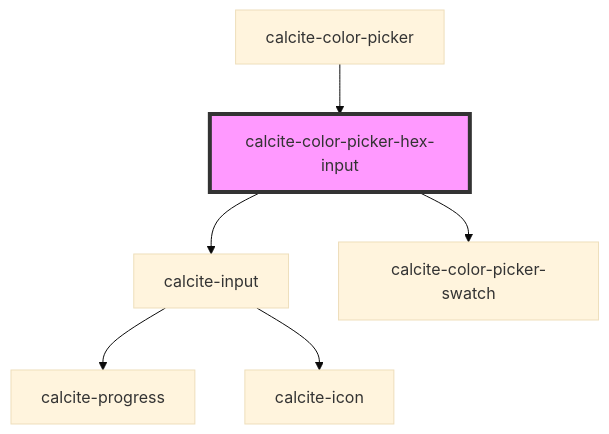
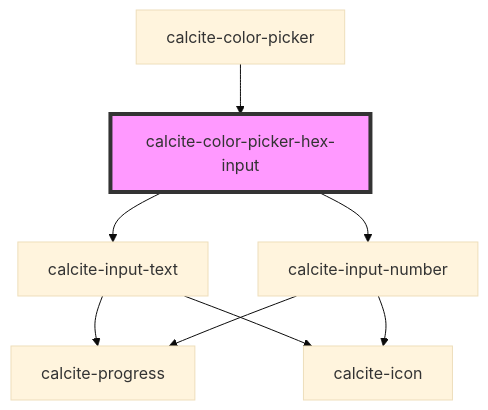
One commit to vikivakarvc/calcite-design-system changed the diagram in packages/calcite-components/src/components/color-picker-hex-input/readme.md. Above: the diagram before and after it, drawn with Mermaid (base theme). The commit also changed other lines of this file and 91 other files, not shown here.

````diff
--- a/packages/calcite-components/src/components/color-picker-hex-input/readme.md
+++ b/packages/calcite-components/src/components/color-picker-hex-input/readme.md
@@ -44,9 +45,11 @@
 ```mermaid
 graph TD;
-  calcite-color-picker-hex-input --> calcite-input
-  calcite-color-picker-hex-input --> calcite-color-picker-swatch
-  calcite-input --> calcite-progress
-  calcite-input --> calcite-icon
+  calcite-color-picker-hex-input --> calcite-input-text
+  calcite-color-picker-hex-input --> calcite-input-number
+  calcite-input-text --> calcite-progress
+  calcite-input-text --> calcite-icon
+  calcite-input-number --> calcite-progress
+  calcite-input-number --> calcite-icon
   calcite-color-picker --> calcite-color-picker-hex-input
   style calcite-color-picker-hex-input fill:#f9f,stroke:#333,stroke-width:4px
 ```
````
